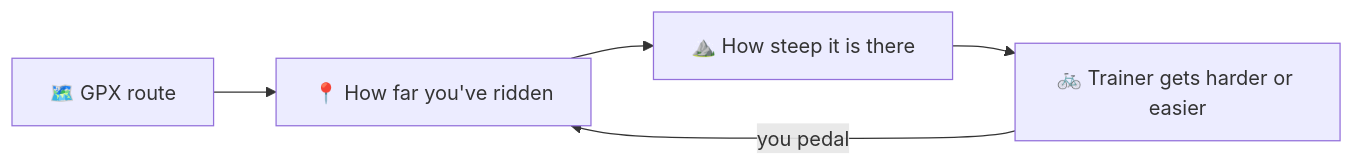
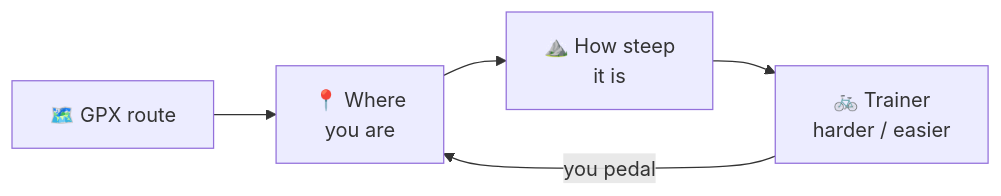
Before and after one commit to pjoachims/orbeat: the second of 2 diagrams in README.md, drawn with Mermaid.

Commit message:
README: narrower route diagram

````diff
--- a/README.md
+++ b/README.md
@@ -46,7 +46,7 @@
 ```mermaid
 flowchart LR
-    GPX["🗺️ GPX route"] --> WHERE["📍 How far you've ridden"]
-    WHERE --> HILL["⛰️ How steep it is there"]
-    HILL --> BIKE["🚲 Trainer gets harder or easier"]
+    GPX["🗺️ GPX route"] --> WHERE["📍 Where<br/>you are"]
+    WHERE --> HILL["⛰️ How steep<br/>it is"]
+    HILL --> BIKE["🚲 Trainer<br/>harder / easier"]
     BIKE -- "you pedal" --> WHERE
 ```
````
